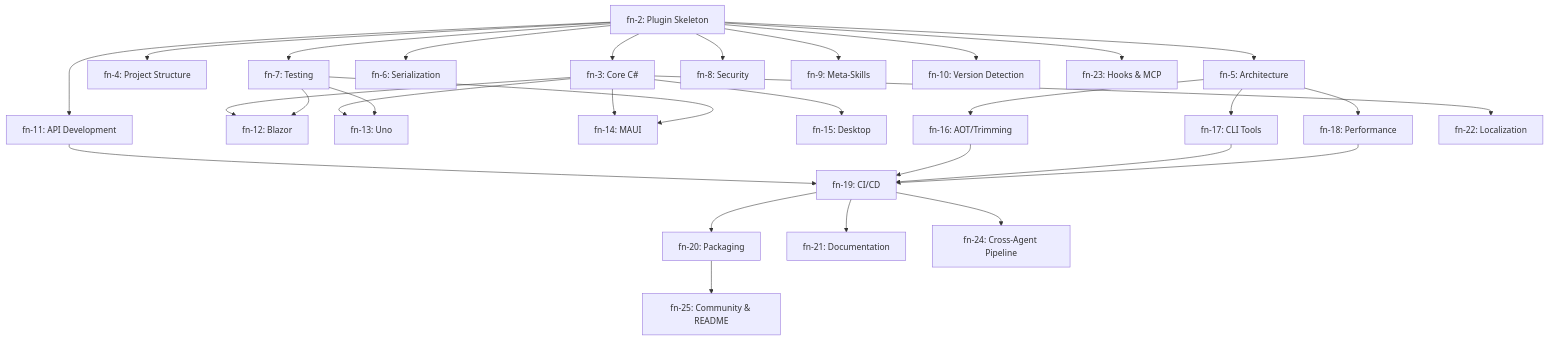
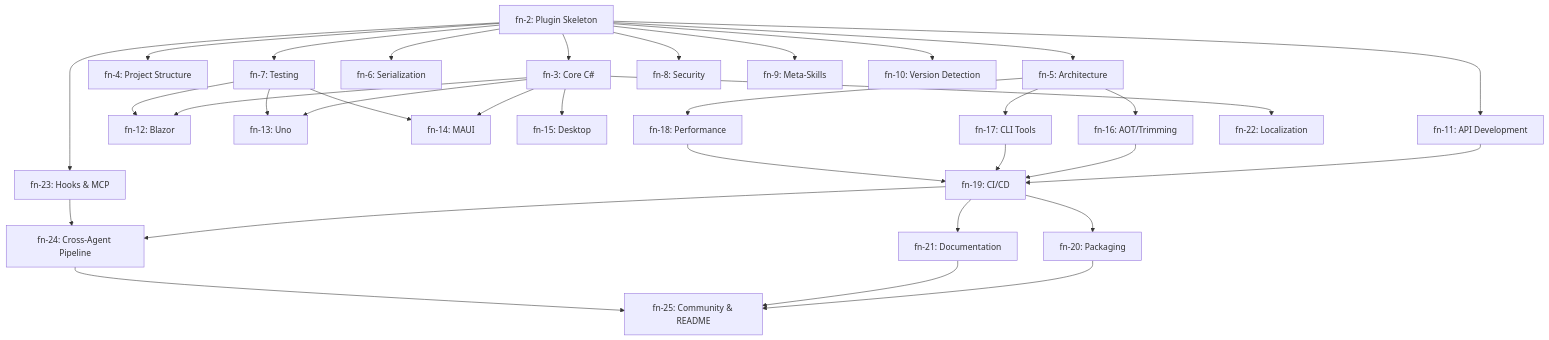
The diagram in .flow/specs/fn-1-dotnet-artisan-comprehensive-net-coding.md (novotnyllc/dotnet-marketplace), drawn with Mermaid before and after one commit. The commit also changed other lines of this file and 13 other files, not shown here.

````diff
--- a/.flow/specs/fn-1-dotnet-artisan-comprehensive-net-coding.md
+++ b/.flow/specs/fn-1-dotnet-artisan-comprehensive-net-coding.md
@@ -11,32 +11,35 @@
 ```mermaid
 graph TD
     FN2[fn-2: Plugin Skeleton] --> FN3[fn-3: Core C#]
     FN2 --> FN4[fn-4: Project Structure]
     FN2 --> FN5[fn-5: Architecture]
     FN2 --> FN6[fn-6: Serialization]
     FN2 --> FN7[fn-7: Testing]
     FN2 --> FN8[fn-8: Security]
     FN2 --> FN9[fn-9: Meta-Skills]
     FN2 --> FN10[fn-10: Version Detection]
     FN2 --> FN11[fn-11: API Development]
     FN3 --> FN12[fn-12: Blazor]
     FN3 --> FN13[fn-13: Uno]
     FN3 --> FN14[fn-14: MAUI]
     FN3 --> FN15[fn-15: Desktop]
     FN5 --> FN16[fn-16: AOT/Trimming]
     FN5 --> FN17[fn-17: CLI Tools]
     FN5 --> FN18[fn-18: Performance]
     FN7 --> FN12
     FN7 --> FN13
     FN7 --> FN14
     FN11 --> FN19[fn-19: CI/CD]
     FN16 --> FN19
     FN17 --> FN19
     FN18 --> FN19
     FN19 --> FN20[fn-20: Packaging]
     FN19 --> FN21[fn-21: Documentation]
     FN3 --> FN22[fn-22: Localization]
     FN2 --> FN23[fn-23: Hooks & MCP]
     FN19 --> FN24[fn-24: Cross-Agent Pipeline]
+    FN23 --> FN24
     FN20 --> FN25[fn-25: Community & README]
+    FN21 --> FN25
+    FN24 --> FN25
 ```
````
